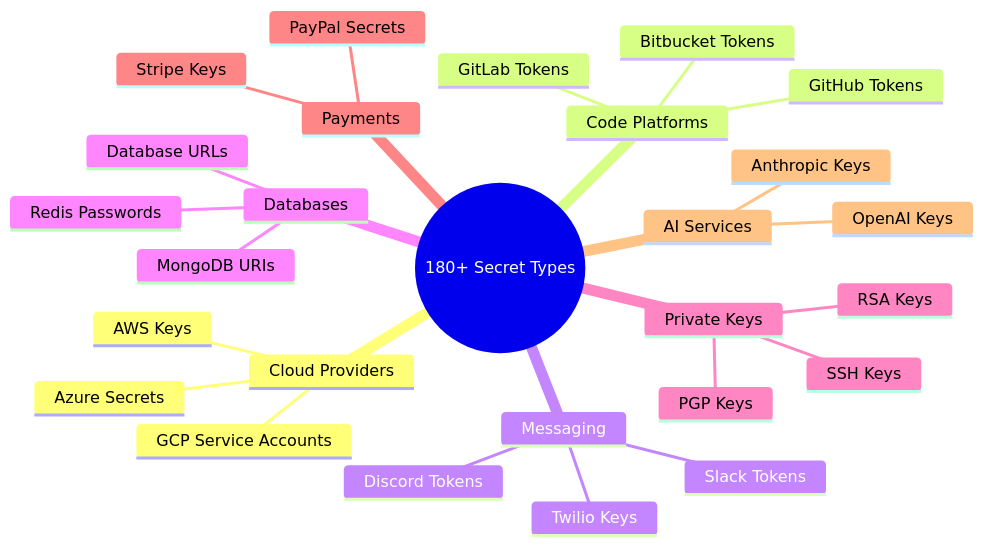
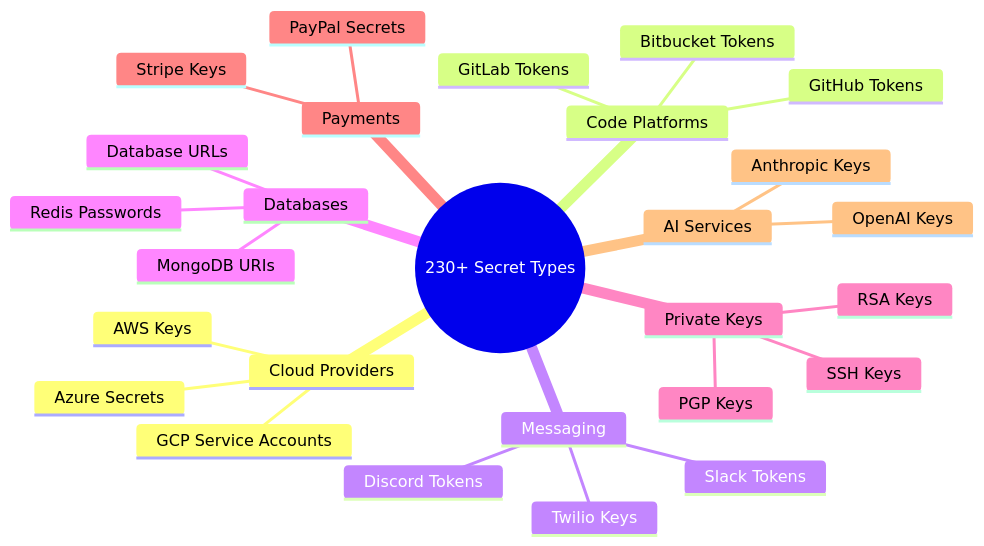
Before and after one commit to svemulapati/CredVigil: the eighth of 30 diagrams in docs/training/00-System-Design-Simplified.md, drawn with Mermaid. The commit also changed other lines of this file and 20 other files, not shown here.

````diff
--- a/docs/training/00-System-Design-Simplified.md
+++ b/docs/training/00-System-Design-Simplified.md
@@ -364,30 +364,30 @@
 ```mermaid
 mindmap
-    root((180+ Secret Types))
+    root((230+ Secret Types))
         Cloud Providers
             AWS Keys
             GCP Service Accounts
             Azure Secrets
         Code Platforms
             GitHub Tokens
             GitLab Tokens
             Bitbucket Tokens
         Messaging
             Slack Tokens
             Discord Tokens
             Twilio Keys
         Databases
             Database URLs
             MongoDB URIs
             Redis Passwords
         Private Keys
             RSA Keys
             SSH Keys
             PGP Keys
         Payments
             Stripe Keys
             PayPal Secrets
         AI Services
             OpenAI Keys
             Anthropic Keys
 ```
````
